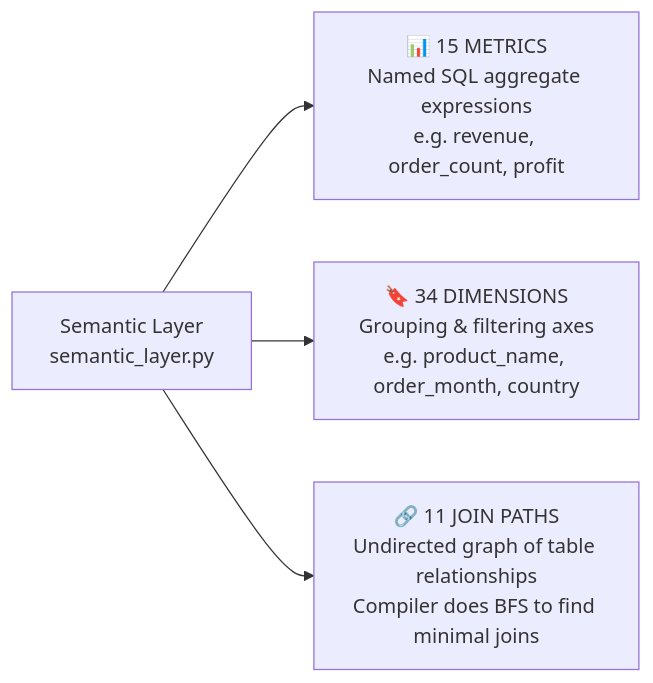
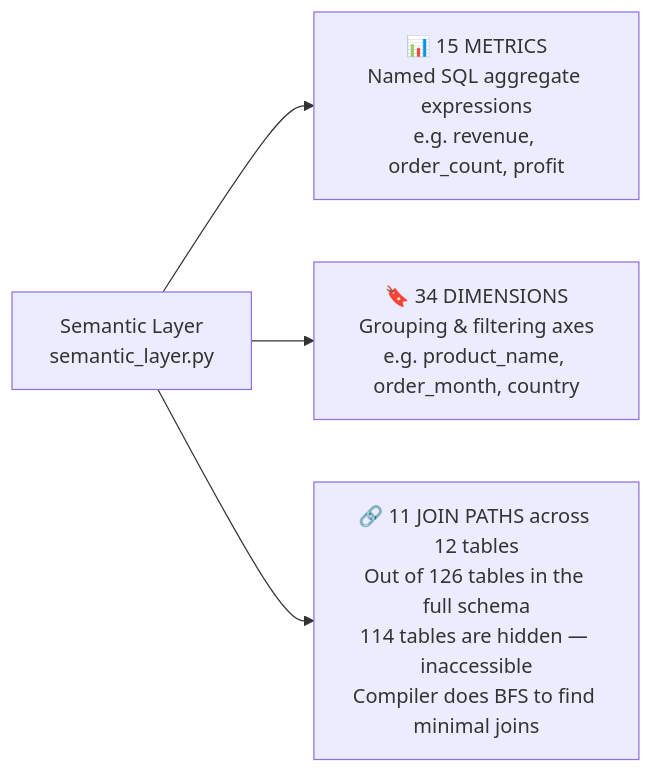
The third of 9 diagrams in EXPLAINER.md (md-riaz/AEGIS-Research), drawn with Mermaid before and after one commit. The commit also changed other lines of this file, not shown here.

First line of the commit message:
Fix EXPLAINER: clarify join graph covers 12 of 126 schema tables

````diff
--- a/EXPLAINER.md
+++ b/EXPLAINER.md
@@ -102,12 +102,12 @@
 ```mermaid
 flowchart LR
     SL["Semantic Layer\nsemantic_layer.py"]
 
     M["📊 15 METRICS\nNamed SQL aggregate expressions\ne.g. revenue, order_count, profit"]
     D["🔖 34 DIMENSIONS\nGrouping & filtering axes\ne.g. product_name, order_month, country"]
-    J["🔗 11 JOIN PATHS\nUndirected graph of table relationships\nCompiler does BFS to find minimal joins"]
+    J["🔗 11 JOIN PATHS across 12 tables\nOut of 126 tables in the full schema\n114 tables are hidden — inaccessible\nCompiler does BFS to find minimal joins"]
 
     SL --> M
     SL --> D
     SL --> J
 ```
````
